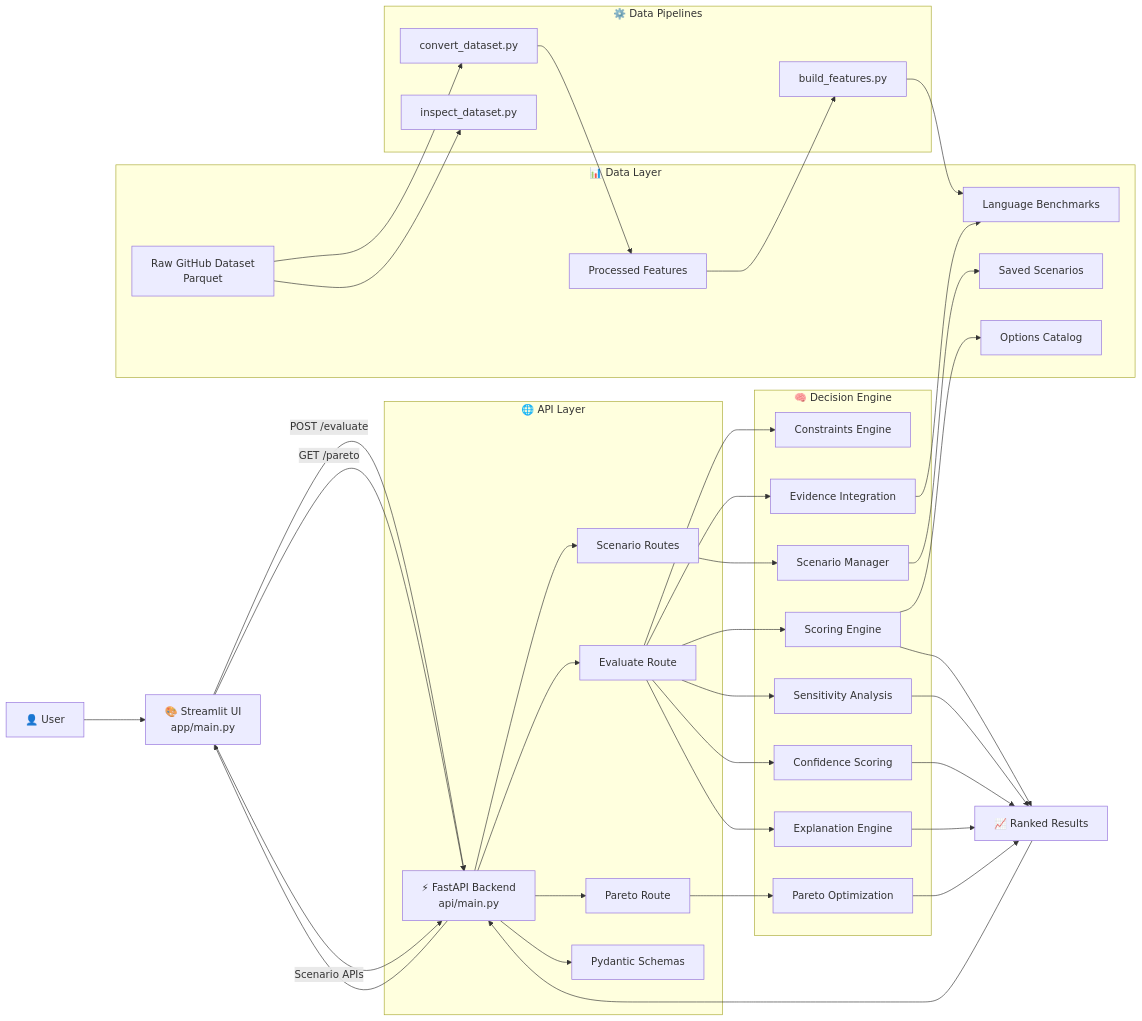
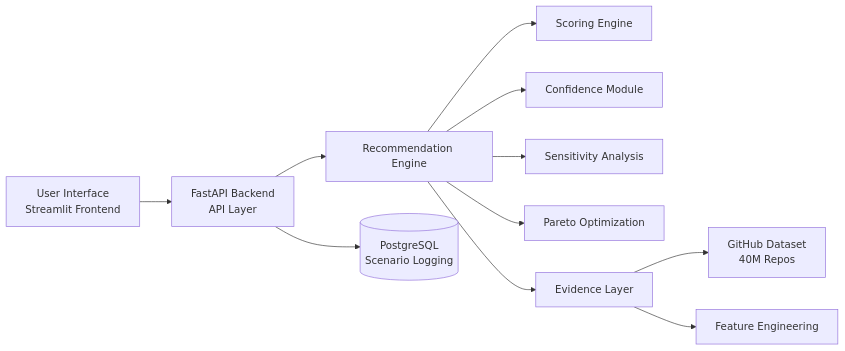
One commit to AdItyAsIngh1800/StackWise-AI changed the diagram in README.md. Above: the diagram before and after it, drawn with Mermaid. The commit also changed other lines of this file, not shown here.

````diff
--- a/README.md
+++ b/README.md
@@ -103,171 +154,40 @@
 ```mermaid
+flowchart LR
 
-flowchart  LR
+    %% User Layer
+    A[User Interface<br>Streamlit Frontend]
 
-%% =========================
+    %% API Layer
+    B[FastAPI Backend<br>API Layer]
 
-%% USER & FRONTEND
+    %% Engine Layer
+    C[Recommendation Engine]
 
-%% =========================
+    C1[Scoring Engine]
+    C2[Confidence Module]
+    C3[Sensitivity Analysis]
+    C4[Pareto Optimization]
 
-U[👤 User] --> UI[🎨 Streamlit  UI<br/>app/main.py]
+    %% Data Layer
+    D[Evidence Layer]
+    D1[GitHub Dataset<br>40M Repos]
+    D2[Feature Engineering]
 
-  
+    %% Storage Layer
+    E[(PostgreSQL<br>Scenario Logging)]
 
-%% =========================
+    %% Flow
+    A --> B
+    B --> C
 
-%% API LAYER
+    C --> C1
+    C --> C2
+    C --> C3
+    C --> C4
 
-%% =========================
+    C --> D
+    D --> D1
+    D --> D2
 
-UI  -->|POST /evaluate| API[⚡ FastAPI  Backend<br/>api/main.py]
-
-UI  -->|GET /pareto| API
-
-UI  -->|Scenario  APIs| API
-
-  
-
-subgraph  API_LAYER [🌐 API  Layer]
-
-API  --> R1[Evaluate  Route]
-
-API  --> R2[Pareto  Route]
-
-API  --> R3[Scenario  Routes]
-
-API  --> SCH[Pydantic  Schemas]
-
-end
-
-  
-
-%% =========================
-
-%% DECISION ENGINE
-
-%% =========================
-
-subgraph  ENGINE [🧠 Decision  Engine]
-
-C1[Constraints  Engine]
-
-C2[Scoring  Engine]
-
-C3[Sensitivity  Analysis]
-
-C4[Confidence  Scoring]
-
-C5[Explanation  Engine]
-
-C6[Pareto  Optimization]
-
-C7[Scenario  Manager]
-
-C8[Evidence  Integration]
-
-end
-
-  
-
-R1  --> C1
-
-R1  --> C2
-
-R1  --> C3
-
-R1  --> C4
-
-R1  --> C5
-
-R2  --> C6
-
-R3  --> C7
-
-R1  --> C8
-
-  
-
-%% =========================
-
-%% DATA LAYER
-
-%% =========================
-
-subgraph  DATA [📊 Data  Layer]
-
-D1[Raw  GitHub  Dataset<br/>Parquet]
-
-D2[Processed  Features]
-
-D3[Language  Benchmarks]
-
-D4[Saved  Scenarios]
-
-D5[Options  Catalog]
-
-end
-
-  
-
-%% =========================
-
-%% PIPELINES
-
-%% =========================
-
-subgraph  PIPELINES [⚙️ Data  Pipelines]
-
-P1[convert_dataset.py]
-
-P2[inspect_dataset.py]
-
-P3[build_features.py]
-
-end
-
-  
-
-D1  --> P1  --> D2
-
-D2  --> P3  --> D3
-
-D1  --> P2
-
-  
-
-%% =========================
-
-%% CONNECTIONS
-
-%% =========================
-
-C8  --> D3
-
-C7  --> D4
-
-C2  --> D5
-
-  
-
-%% =========================
-
-%% OUTPUT
-
-%% =========================
-
-C2  --> RES[📈 Ranked  Results]
-
-C3  --> RES
-
-C4  --> RES
-
-C5  --> RES
-
-C6  --> RES
-
-  
-
-RES  --> API  --> UI
-
+    B --> E
 ```
````
